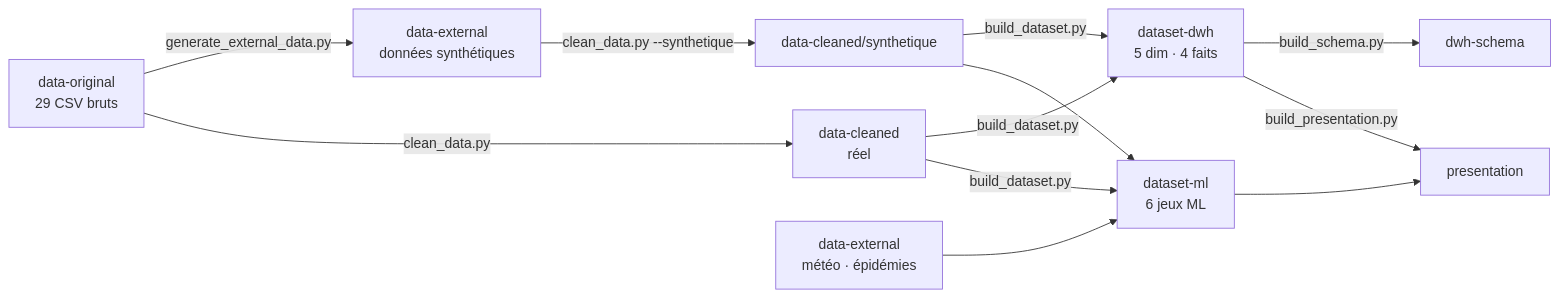
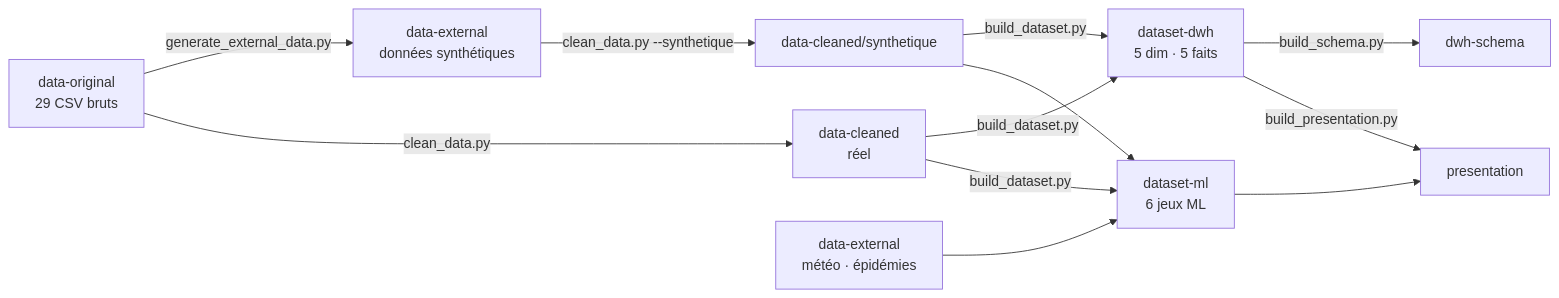
Before and after one commit to Youssef-ben-ali/DataWarehouseProject_3AI4: the diagram in README.md, drawn with Mermaid. The commit also changed other lines of this file and 5 other files, not shown here.

````diff
--- a/README.md
+++ b/README.md
@@ -29,14 +29,14 @@
 ```mermaid
 flowchart LR
     A[data-original<br/>29 CSV bruts] -->|generate_external_data.py| G[data-external<br/>données synthétiques]
     A -->|clean_data.py| B[data-cleaned<br/>réel]
     G -->|clean_data.py --synthetique| B2[data-cleaned/synthetique]
     E[data-external<br/>météo · épidémies] --> D
-    B -->|build_dataset.py| C[dataset-dwh<br/>5 dim · 4 faits]
+    B -->|build_dataset.py| C[dataset-dwh<br/>5 dim · 5 faits]
     B2 -->|build_dataset.py| C
     B -->|build_dataset.py| D[dataset-ml<br/>6 jeux ML]
     B2 --> D
     C -->|build_schema.py| S[dwh-schema]
     C -->|build_presentation.py| P[presentation]
     D --> P
 ```
````
